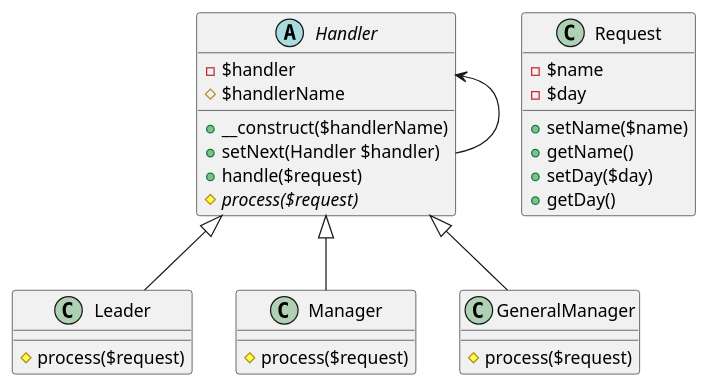
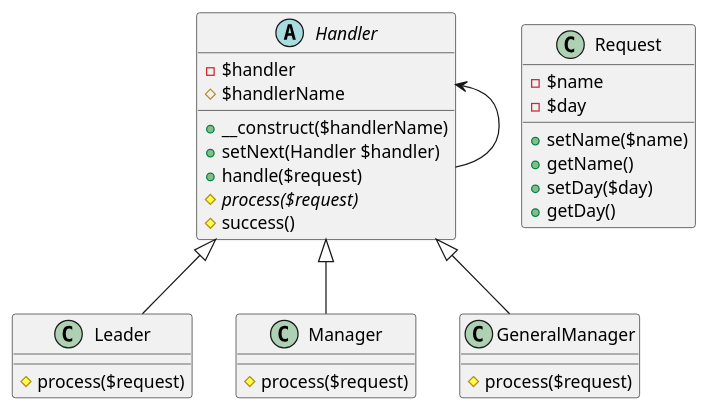
The diagram in Behavioral/ChainOfResponsibility/ChainOfResponsibility.puml (flashytime/DesignPatternsPHP), drawn with PlantUML before and after one commit. The commit also changed 5 other files, not shown here.

```diff
--- a/Behavioral/ChainOfResponsibility/ChainOfResponsibility.puml
+++ b/Behavioral/ChainOfResponsibility/ChainOfResponsibility.puml
@@ -1,36 +1,37 @@
 @startuml
 abstract class Handler {
     - $handler
     # $handlerName
     + __construct($handlerName)
     + setNext(Handler $handler)
     + handle($request)
     # {abstract} process($request)
+    # success()
 }
 
 class Leader {
     # process($request)
 }
 
 class Manager {
     # process($request)
 }
 
 class GeneralManager {
     # process($request)
 }
 
 class Request {
     - $name
     - $day
     + setName($name)
     + getName()
     + setDay($day)
     + getDay()
 }
 
 Handler <-- Handler
 Handler <|-- Leader
 Handler <|-- Manager
 Handler <|-- GeneralManager
 @enduml
```
